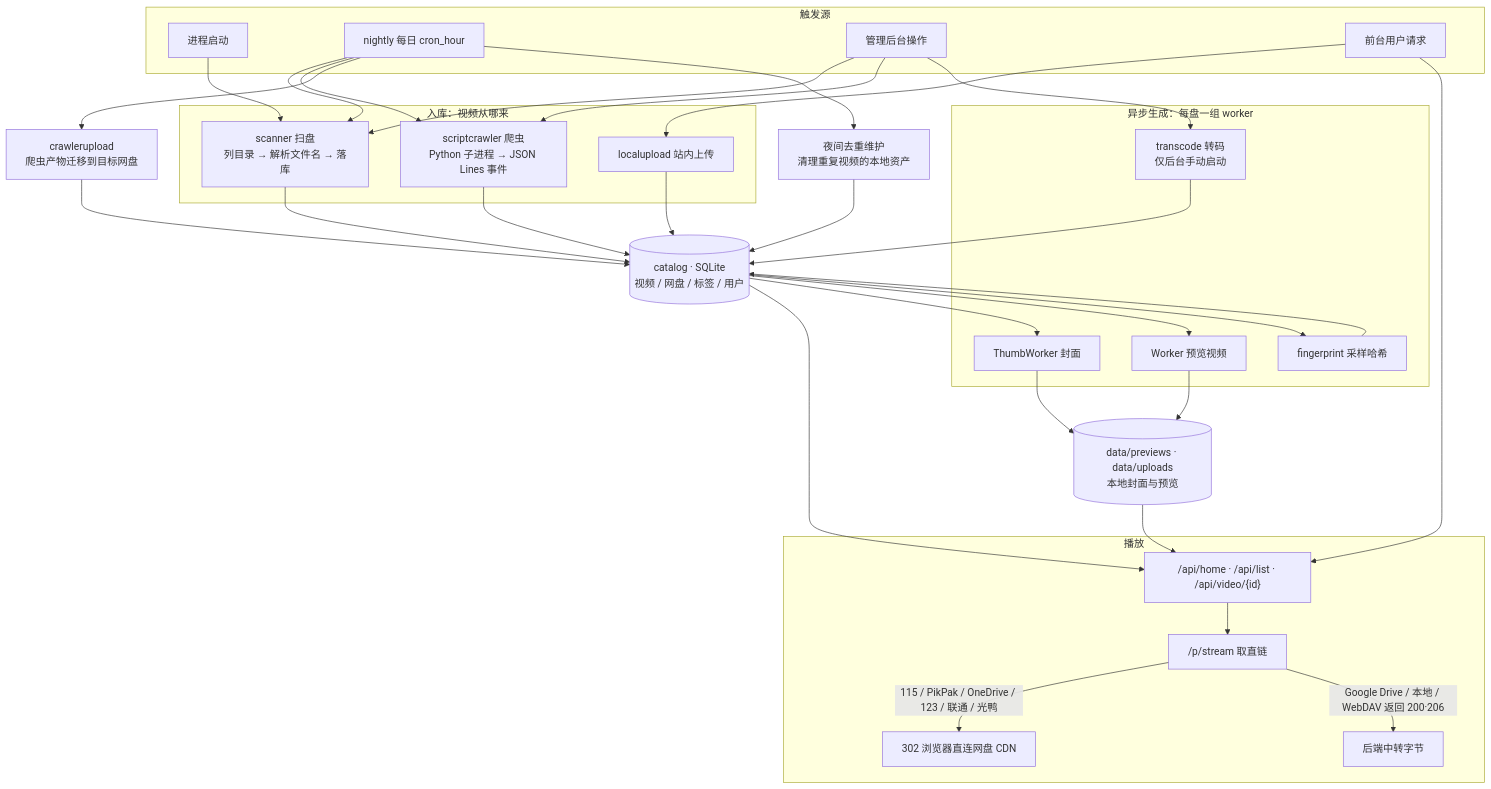
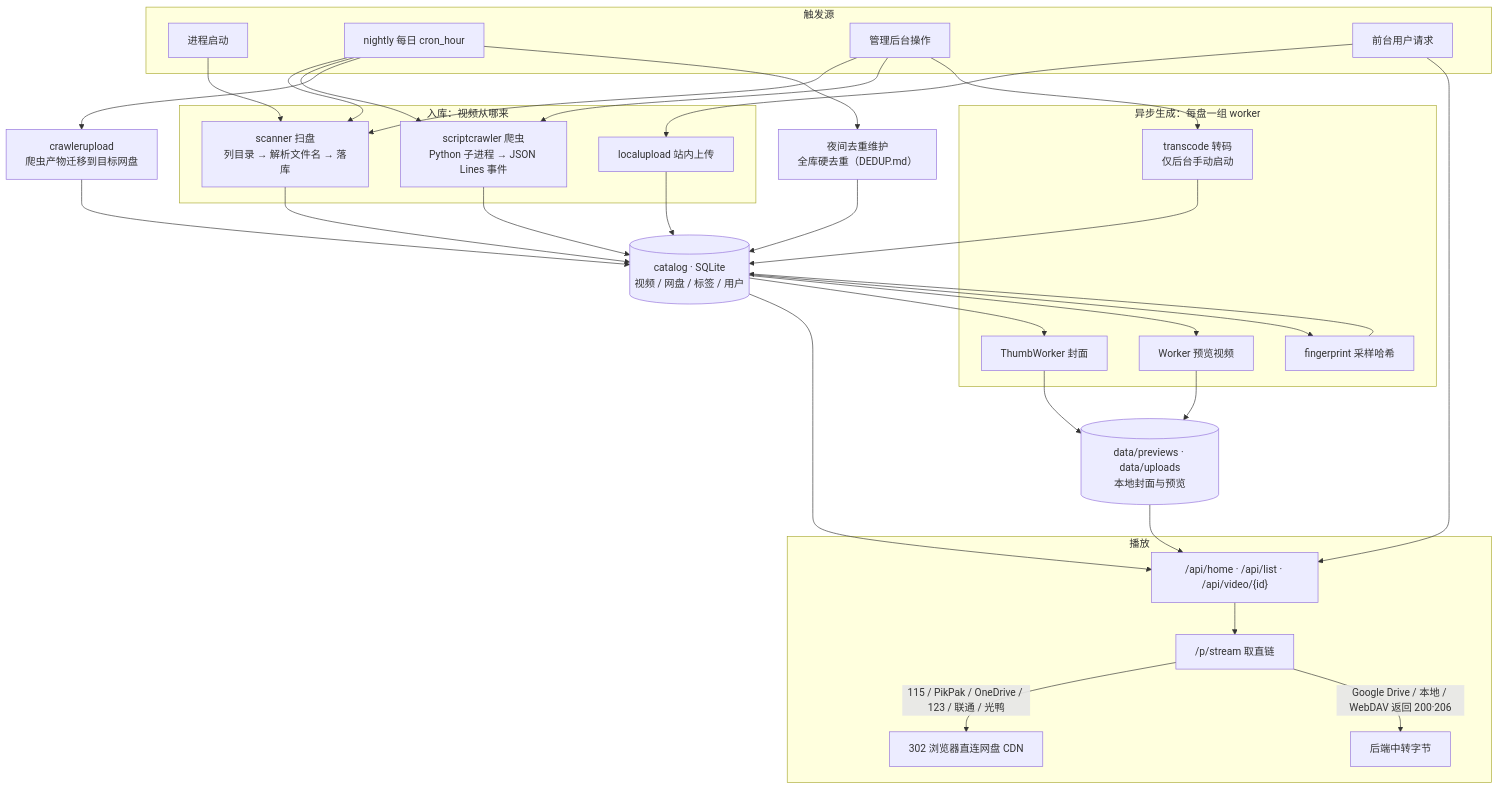
One commit to BAIBAIGE/91 changed the first of 3 diagrams in backend/README.md. Above: the diagram before and after it, drawn with Mermaid. The commit also changed other lines of this file and 1 other file, not shown here.

First line of the commit message:
docs(backend): add quick start, split dedup guide into DEDUP.md

````diff
--- a/backend/README.md
+++ b/backend/README.md
@@ -130,67 +144,67 @@
 ```mermaid
 flowchart TB
     subgraph TRIG["触发源"]
         BOOT["进程启动"]
         CRON["nightly 每日 cron_hour"]
         ADMIN["管理后台操作"]
         USER["前台用户请求"]
     end
 
     subgraph INGEST["入库：视频从哪来"]
         SCAN["scanner 扫盘<br/>列目录 → 解析文件名 → 落库"]
         CRAWL["scriptcrawler 爬虫<br/>Python 子进程 → JSON Lines 事件"]
         UPLOAD["localupload 站内上传"]
     end
 
     CAT[("catalog · SQLite<br/>视频 / 网盘 / 标签 / 用户")]
 
     subgraph GEN["异步生成：每盘一组 worker"]
         THUMB["ThumbWorker 封面"]
         PREV["Worker 预览视频"]
         FP["fingerprint 采样哈希"]
         TRANS["transcode 转码<br/>仅后台手动启动"]
     end
 
     DISK[("data/previews · data/uploads<br/>本地封面与预览")]
 
     subgraph PLAY["播放"]
         LIST["/api/home · /api/list · /api/video/{id}"]
         PROXY["/p/stream 取直链"]
         R302["302 浏览器直连网盘 CDN"]
         RELAY["后端中转字节"]
     end
 
     MIG["crawlerupload<br/>爬虫产物迁移到目标网盘"]
-    DEDUP["夜间去重维护<br/>清理重复视频的本地资产"]
+    DEDUP["夜间去重维护<br/>全库硬去重（DEDUP.md）"]
 
     BOOT --> SCAN
     CRON --> SCAN
     CRON --> CRAWL
     CRON --> MIG
     CRON --> DEDUP
     ADMIN --> SCAN
     ADMIN --> CRAWL
     ADMIN --> TRANS
     USER --> UPLOAD
     USER --> LIST
 
     SCAN --> CAT
     CRAWL --> CAT
     UPLOAD --> CAT
     MIG --> CAT
     DEDUP --> CAT
 
     CAT --> THUMB
     CAT --> PREV
     CAT --> FP
     THUMB --> DISK
     PREV --> DISK
     FP --> CAT
     TRANS --> CAT
 
     CAT --> LIST
     LIST --> PROXY
     PROXY -->|"115 / PikPak / OneDrive / 123 / 联通 / 光鸭"| R302
     PROXY -->|"Google Drive / 本地 / WebDAV 返回 200·206"| RELAY
     DISK --> LIST
 ```
````
